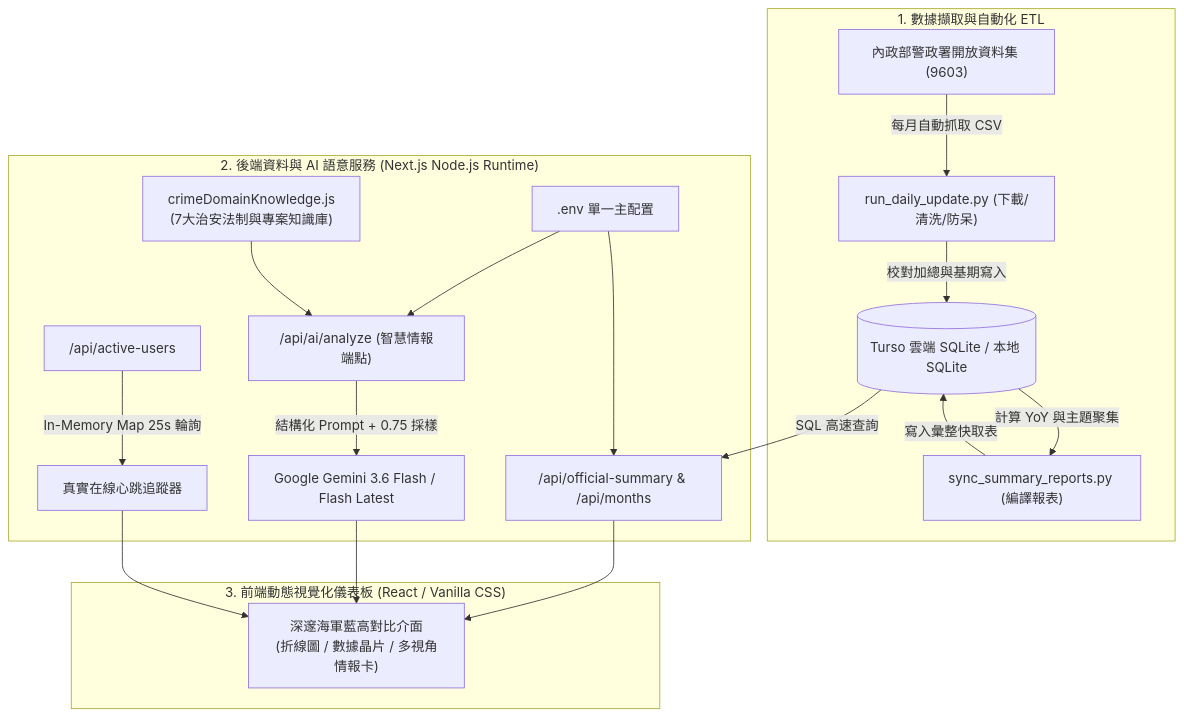
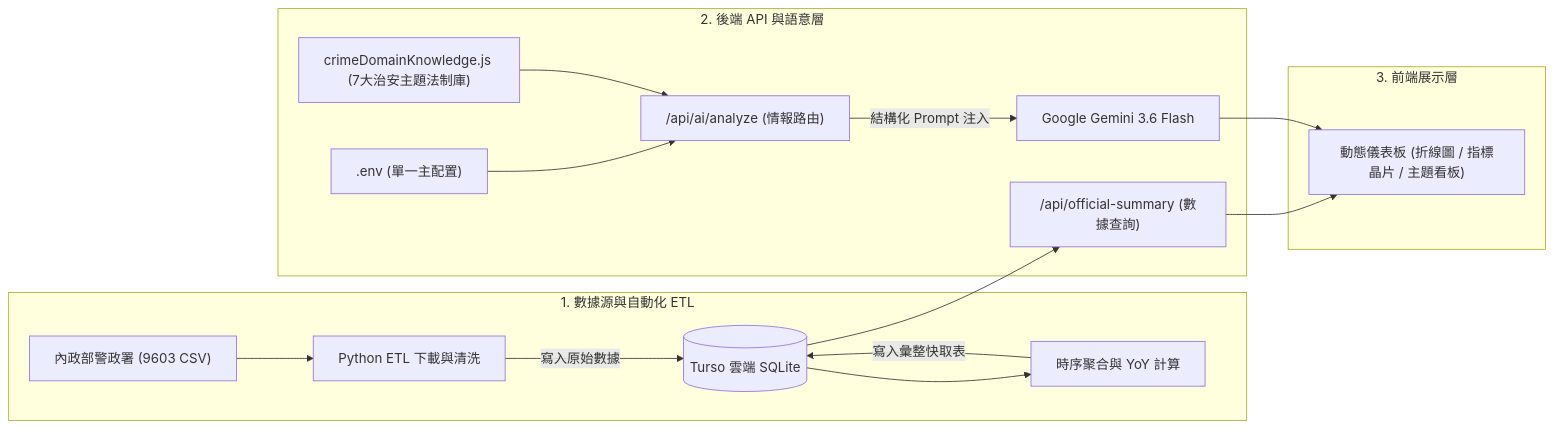
The diagram in README.md (dec591nyc/PSJJV), drawn with Mermaid before and after one commit. The commit also changed other lines of this file and 1 other file, not shown here.

````diff
--- a/README.md
+++ b/README.md
@@ -34,24 +36,21 @@
 ```mermaid
-flowchart TD
-    subgraph "1. 數據擷取與自動化 ETL"
-        A["內政部警政署開放資料集 (9603)"] -->|每月自動抓取 CSV| B["run_daily_update.py (下載/清洗/防呆)"]
-        B -->|校對加總與基期寫入| DB[(Turso 雲端 SQLite / 本地 SQLite)]
-        DB -->|計算 YoY 與主題聚集| C["sync_summary_reports.py (編譯報表)"]
-        C -->|寫入彙整快取表| DB
+flowchart LR
+    subgraph S1["1. 數據源與自動化 ETL"]
+        SRC["內政部警政署 (9603 CSV)"] --> EXT["Python ETL 下載與清洗"]
+        EXT -->|寫入原始數據| DB[(Turso 雲端 SQLite)]
+        DB --> TRANS["時序聚合與 YoY 計算"]
+        TRANS -->|寫入彙整快取表| DB
     end
 
-    subgraph "2. 後端資料與 AI 語意服務 (Next.js Node.js Runtime)"
-        DB -->|SQL 高速查詢| API["/api/official-summary & /api/months"]
-        ENV[".env 單一主配置"] --> API
-        ENV --> AI_ROUTE["/api/ai/analyze (智慧情報端點)"]
-        KNOWLEDGE["crimeDomainKnowledge.js\n(7大治安法制與專案知識庫)"] --> AI_ROUTE
-        AI_ROUTE -->|結構化 Prompt + 0.75 採樣| GEMINI["Google Gemini 3.6 Flash / Flash Latest"]
-        CLIENT_PINGS["/api/active-users"] -->|In-Memory Map 25s 輪詢| HB_TRACKER["真實在線心跳追蹤器"]
+    subgraph S2["2. 後端 API 與語意層"]
+        DB --> API_DATA["/api/official-summary (數據查詢)"]
+        ENV[".env (單一主配置)"] --> API_AI["/api/ai/analyze (情報路由)"]
+        KNOWLEDGE["crimeDomainKnowledge.js (7大治安主題法制庫)"] --> API_AI
+        API_AI -->|結構化 Prompt 注入| LLM_ENGINE["Google Gemini 3.6 Flash"]
     end
 
-    subgraph "3. 前端動態視覺化儀表板 (React / Vanilla CSS)"
-        API --> UI["深邃海軍藍高對比介面\n(折線圖 / 數據晶片 / 多視角情報卡)"]
-        GEMINI --> UI
-        HB_TRACKER --> UI
+    subgraph S3["3. 前端展示層"]
+        API_DATA --> UI["動態儀表板 (折線圖 / 指標晶片 / 主題看板)"]
+        LLM_ENGINE --> UI
     end
 ```
````
